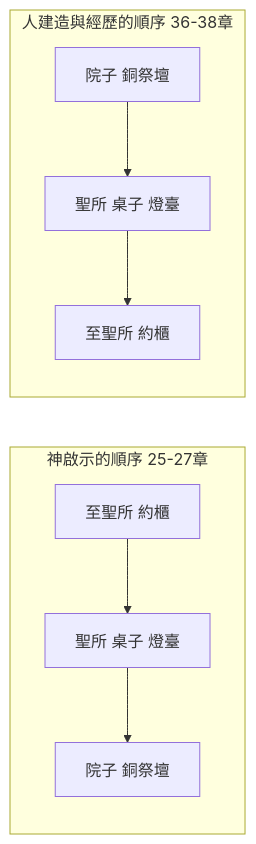
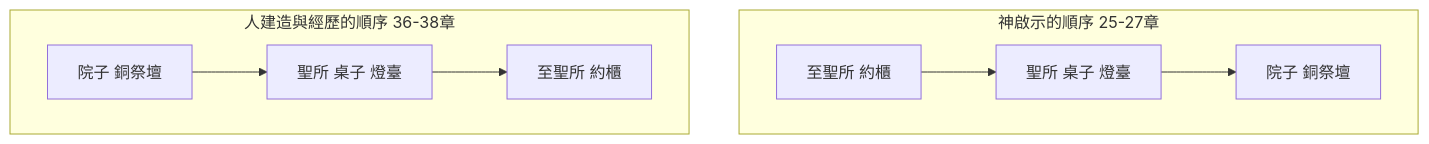
Before and after one commit to andyjr5566/Bible_wiki_zh_website: the diagram in content/02 出埃及記/第25章.md, drawn with Mermaid. The commit also changed 421 other files, not shown here.

````diff
--- a/content/02 出埃及記/第25章.md
+++ b/content/02 出埃及記/第25章.md
@@ -192,9 +192,9 @@
 ```mermaid
-flowchart LR
+flowchart TD
   subgraph 神啟示的順序 25-27章
     A1["至聖所 約櫃"] --> A2["聖所 桌子 燈臺"] --> A3["院子 銅祭壇"]
   end
   subgraph 人建造與經歷的順序 36-38章
     B1["院子 銅祭壇"] --> B2["聖所 桌子 燈臺"] --> B3["至聖所 約櫃"]
   end
 ```
````
